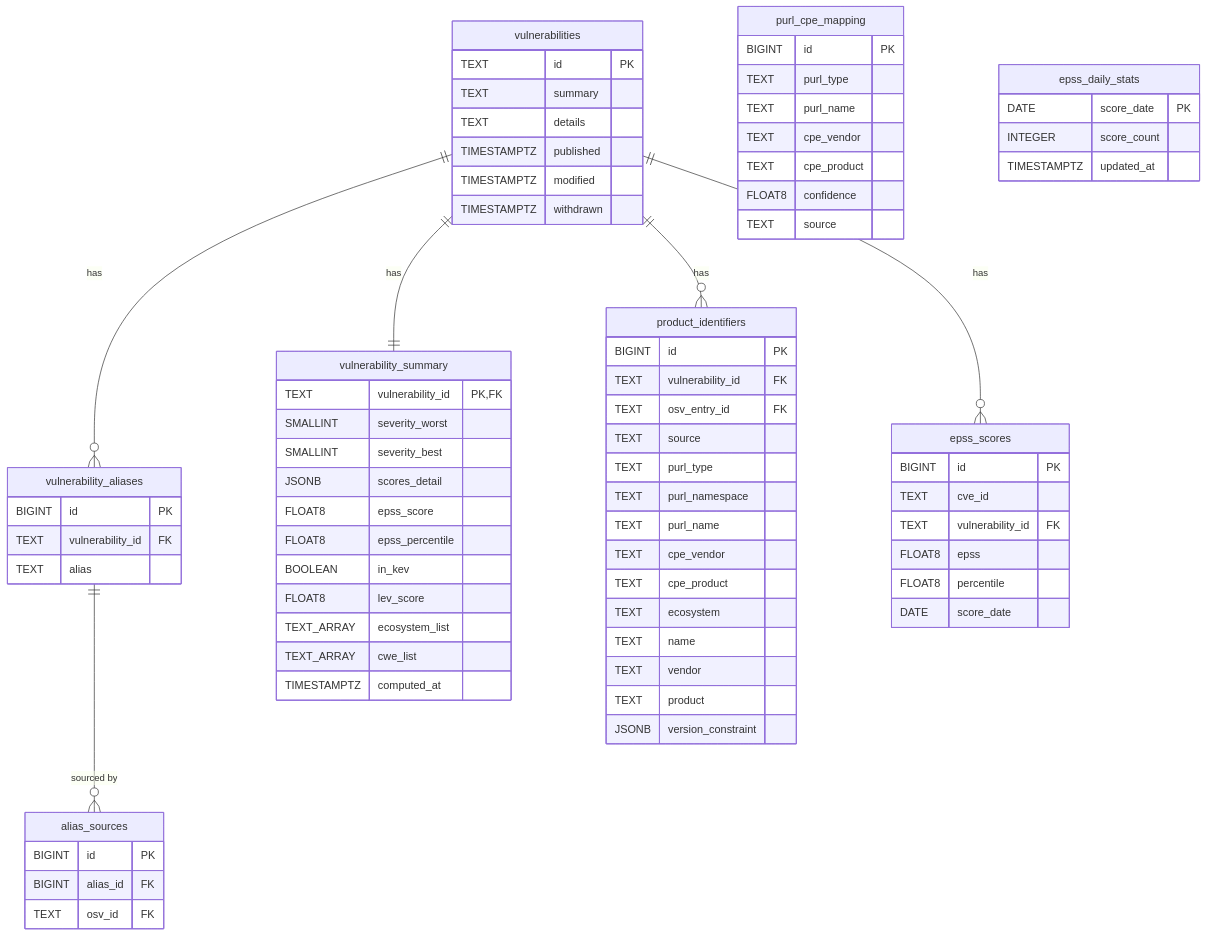
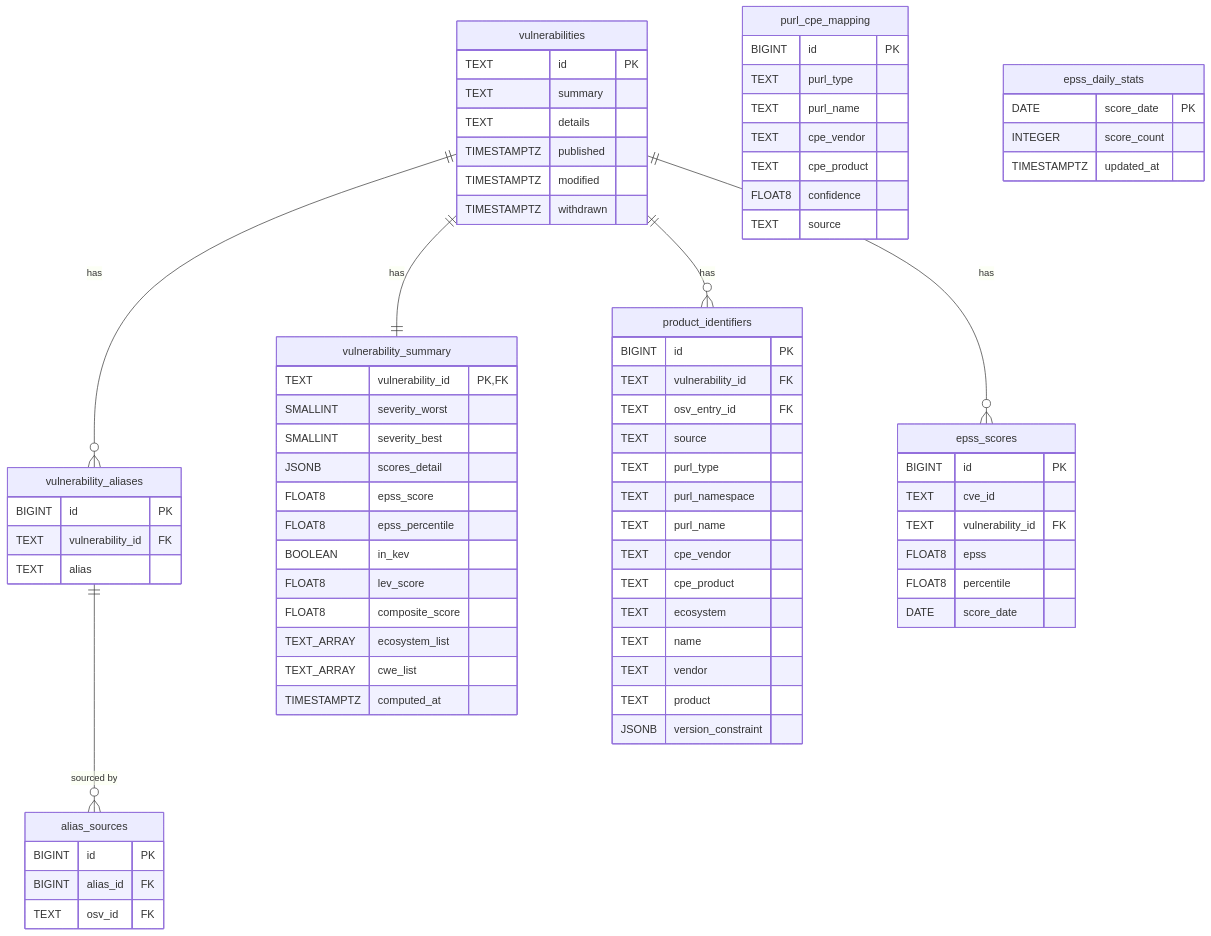
The second of 12 diagrams in .kiro/steering/erd.md (kato83/mayu), drawn with Mermaid before and after one commit. The commit also changed other lines of this file, not shown here.

First line of the commit message:
docs: sync erd.md with actual database schema

```diff
--- a/.kiro/steering/erd.md
+++ b/.kiro/steering/erd.md
@@ -702,6 +848,7 @@
         FLOAT8 epss_percentile
         BOOLEAN in_kev
         FLOAT8 lev_score
+        FLOAT8 composite_score
         TEXT_ARRAY ecosystem_list
         TEXT_ARRAY cwe_list
         TIMESTAMPTZ computed_at
```
